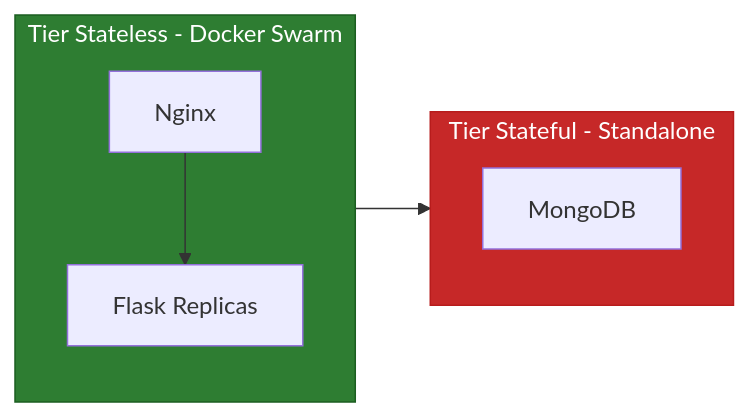
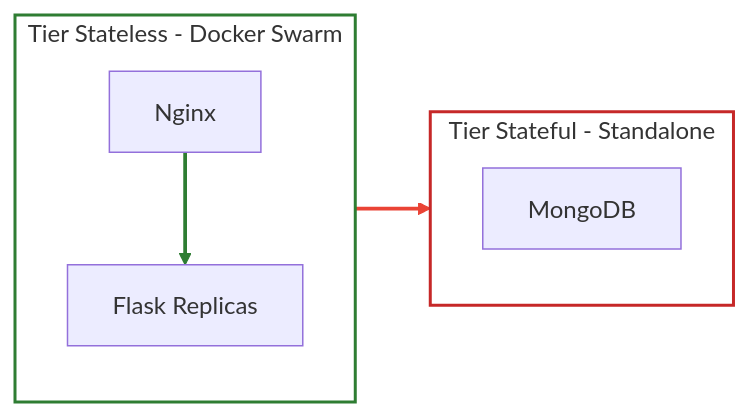
Before and after one commit to baboey/fp-tka-1: the fourth of 5 diagrams in README.md, drawn with Mermaid. The commit also changed other lines of this file, not shown here.

Commit message:
docs: use transparent subgraphs and colored link paths in Mermaid diagrams to fix overlaps and invisible arrows

````diff
--- a/README.md
+++ b/README.md
@@ -226,13 +244,16 @@
 ```mermaid
 graph LR
     subgraph STATELESS["Tier Stateless - Docker Swarm"]
         N["Nginx"] --> F["Flask Replicas"]
     end
     subgraph STATEFUL["Tier Stateful - Standalone"]
         M["MongoDB"]
     end
     STATELESS --> STATEFUL
 
-    style STATELESS fill:#2E7D32,stroke:#1b5e20,color:#fff
-    style STATEFUL fill:#C62828,stroke:#b71c1c,color:#fff
+    style STATELESS fill:none,stroke:#2E7D32,stroke-width:2px
+    style STATEFUL fill:none,stroke:#C62828,stroke-width:2px
+
+    linkStyle 0 stroke:#2E7D32,stroke-width:2.5px
+    linkStyle 1 stroke:#EA4335,stroke-width:2.5px
 ```
````
